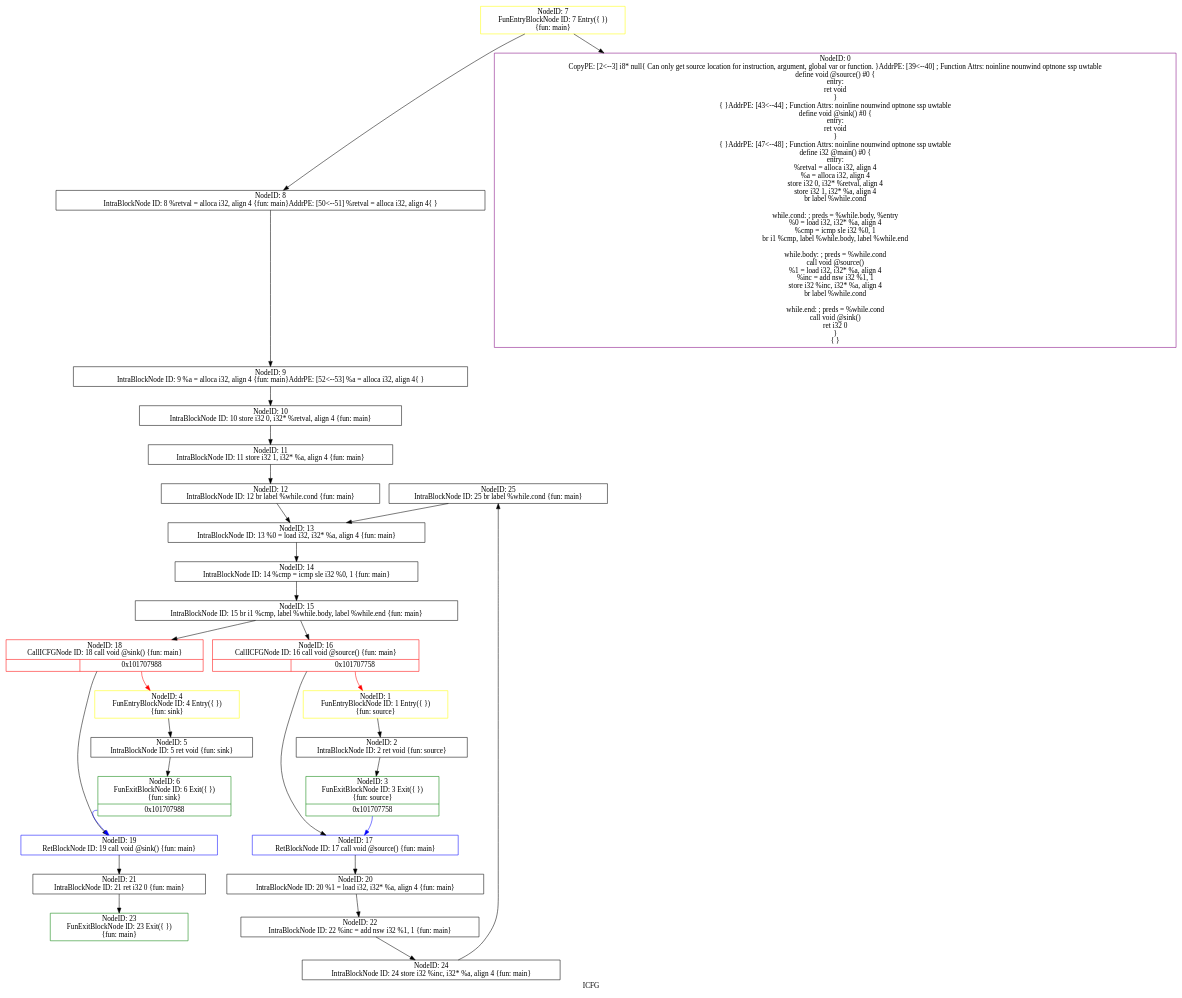
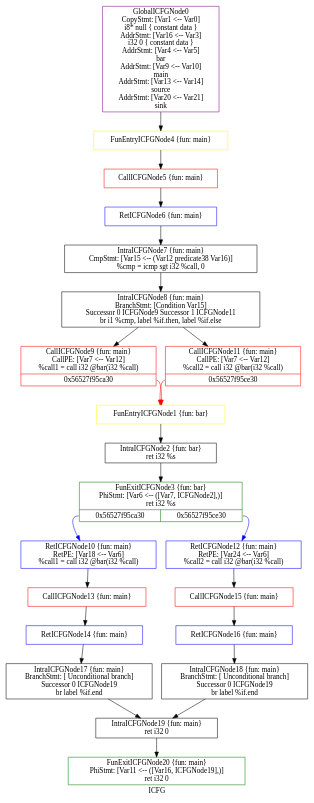
The diagram in Assignment-2/testcase/dot/icfg_test2.dot (SVF-tools/Teaching-Software-Analysis), drawn with Graphviz before and after one commit. The commit also changed 23 other files, not shown here.

```diff
--- a/Assignment-2/testcase/dot/icfg_test2.dot
+++ b/Assignment-2/testcase/dot/icfg_test2.dot
@@ -1,58 +1,47 @@
 digraph "ICFG" {
 	label="ICFG";
 
-	Node0x10170b6f0 [shape=record,color=black,label="{NodeID: 25\nIntraBlockNode ID: 25   br label %while.cond \{fun: main\}}"];
-	Node0x10170b6f0 -> Node0x101708f80[style=solid];
-	Node0x10170b590 [shape=record,color=black,label="{NodeID: 24\nIntraBlockNode ID: 24   store i32 %inc, i32* %a, align 4 \{fun: main\}}"];
-	Node0x10170b590 -> Node0x10170b6f0[style=solid];
-	Node0x10170b360 [shape=record,color=green,label="{NodeID: 23\nFunExitBlockNode ID: 23 Exit(\{  \})\n \{fun: main\}}"];
-	Node0x10170b180 [shape=record,color=black,label="{NodeID: 22\nIntraBlockNode ID: 22   %inc = add nsw i32 %1, 1 \{fun: main\}}"];
-	Node0x10170b180 -> Node0x10170b590[style=solid];
-	Node0x10170aeb0 [shape=record,color=black,label="{NodeID: 21\nIntraBlockNode ID: 21   ret i32 0 \{fun: main\}}"];
-	Node0x10170aeb0 -> Node0x10170b360[style=solid];
-	Node0x10170aca0 [shape=record,color=black,label="{NodeID: 20\nIntraBlockNode ID: 20   %1 = load i32, i32* %a, align 4 \{fun: main\}}"];
-	Node0x10170aca0 -> Node0x10170b180[style=solid];
-	Node0x10170aa80 [shape=record,color=blue,label="{NodeID: 19\nRetBlockNode ID: 19   call void @sink() \{fun: main\}}"];
-	Node0x10170aa80 -> Node0x10170aeb0[style=solid];
-	Node0x10170a900 [shape=record,color=red,label="{NodeID: 18\nCallICFGNode ID: 18   call void @sink() \{fun: main\}|{|<s1>0x101707988}}"];
-	Node0x10170a900 -> Node0x10170aa80[style=solid];
-	Node0x10170a900:s1 -> Node0x101706150[style=solid,color=red];
-	Node0x10170a6e0 [shape=record,color=blue,label="{NodeID: 17\nRetBlockNode ID: 17   call void @source() \{fun: main\}}"];
-	Node0x10170a6e0 -> Node0x10170aca0[style=solid];
-	Node0x10170a560 [shape=record,color=red,label="{NodeID: 16\nCallICFGNode ID: 16   call void @source() \{fun: main\}|{|<s1>0x101707758}}"];
-	Node0x10170a560 -> Node0x10170a6e0[style=solid];
-	Node0x10170a560:s1 -> Node0x101705d60[style=solid,color=red];
-	Node0x1017092b0 [shape=record,color=black,label="{NodeID: 15\nIntraBlockNode ID: 15   br i1 %cmp, label %while.body, label %while.end \{fun: main\}}"];
-	Node0x1017092b0 -> Node0x10170a560[style=solid];
-	Node0x1017092b0 -> Node0x10170a900[style=solid];
-	Node0x101709160 [shape=record,color=black,label="{NodeID: 14\nIntraBlockNode ID: 14   %cmp = icmp sle i32 %0, 1 \{fun: main\}}"];
-	Node0x101709160 -> Node0x1017092b0[style=solid];
-	Node0x101708f80 [shape=record,color=black,label="{NodeID: 13\nIntraBlockNode ID: 13   %0 = load i32, i32* %a, align 4 \{fun: main\}}"];
-	Node0x101708f80 -> Node0x101709160[style=solid];
-	Node0x101708e00 [shape=record,color=black,label="{NodeID: 12\nIntraBlockNode ID: 12   br label %while.cond \{fun: main\}}"];
-	Node0x101708e00 -> Node0x101708f80[style=solid];
-	Node0x101708bf0 [shape=record,color=black,label="{NodeID: 11\nIntraBlockNode ID: 11   store i32 1, i32* %a, align 4 \{fun: main\}}"];
-	Node0x101708bf0 -> Node0x101708e00[style=solid];
-	Node0x101708ab0 [shape=record,color=black,label="{NodeID: 10\nIntraBlockNode ID: 10   store i32 0, i32* %retval, align 4 \{fun: main\}}"];
-	Node0x101708ab0 -> Node0x101708bf0[style=solid];
-	Node0x10170a310 [shape=record,color=black,label="{NodeID: 9\nIntraBlockNode ID: 9   %a = alloca i32, align 4 \{fun: main\}AddrPE: [52\<--53]    %a = alloca i32, align 4\{  \}}"];
-	Node0x10170a310 -> Node0x101708ab0[style=solid];
-	Node0x10170a180 [shape=record,color=black,label="{NodeID: 8\nIntraBlockNode ID: 8   %retval = alloca i32, align 4 \{fun: main\}AddrPE: [50\<--51]    %retval = alloca i32, align 4\{  \}}"];
-	Node0x10170a180 -> Node0x10170a310[style=solid];
-	Node0x10170a0e0 [shape=record,color=yellow,label="{NodeID: 7\nFunEntryBlockNode ID: 7 Entry(\{  \})\n \{fun: main\}}"];
-	Node0x10170a0e0 -> Node0x101705ca0[style=solid];
-	Node0x10170a0e0 -> Node0x10170a180[style=solid];
-	Node0x1017063e0 [shape=record,color=green,label="{NodeID: 6\nFunExitBlockNode ID: 6 Exit(\{  \})\n \{fun: sink\}|{<s0>0x101707988}}"];
-	Node0x1017063e0:s0 -> Node0x10170aa80[style=solid,color=blue];
-	Node0x101706230 [shape=record,color=black,label="{NodeID: 5\nIntraBlockNode ID: 5   ret void \{fun: sink\}}"];
-	Node0x101706230 -> Node0x1017063e0[style=solid];
-	Node0x101706150 [shape=record,color=yellow,label="{NodeID: 4\nFunEntryBlockNode ID: 4 Entry(\{  \})\n \{fun: sink\}}"];
-	Node0x101706150 -> Node0x101706230[style=solid];
-	Node0x101705ff0 [shape=record,color=green,label="{NodeID: 3\nFunExitBlockNode ID: 3 Exit(\{  \})\n \{fun: source\}|{<s0>0x101707758}}"];
-	Node0x101705ff0:s0 -> Node0x10170a6e0[style=solid,color=blue];
-	Node0x101705e40 [shape=record,color=black,label="{NodeID: 2\nIntraBlockNode ID: 2   ret void \{fun: source\}}"];
-	Node0x101705e40 -> Node0x101705ff0[style=solid];
-	Node0x101705d60 [shape=record,color=yellow,label="{NodeID: 1\nFunEntryBlockNode ID: 1 Entry(\{  \})\n \{fun: source\}}"];
-	Node0x101705d60 -> Node0x101705e40[style=solid];
-	Node0x101705ca0 [shape=record,color=purple,label="{NodeID: 0\nCopyPE: [2\<--3]  i8* null\{ Can only get source location for instruction, argument, global var or function. \}AddrPE: [39\<--40]  ; Function Attrs: noinline nounwind optnone ssp uwtable\ndefine void @source() #0 \{\nentry:\n  ret void\n\}\n\{  \}AddrPE: [43\<--44]  ; Function Attrs: noinline nounwind optnone ssp uwtable\ndefine void @sink() #0 \{\nentry:\n  ret void\n\}\n\{  \}AddrPE: [47\<--48]  ; Function Attrs: noinline nounwind optnone ssp uwtable\ndefine i32 @main() #0 \{\nentry:\n  %retval = alloca i32, align 4\n  %a = alloca i32, align 4\n  store i32 0, i32* %retval, align 4\n  store i32 1, i32* %a, align 4\n  br label %while.cond\n\nwhile.cond:                                       ; preds = %while.body, %entry\n  %0 = load i32, i32* %a, align 4\n  %cmp = icmp sle i32 %0, 1\n  br i1 %cmp, label %while.body, label %while.end\n\nwhile.body:                                       ; preds = %while.cond\n  call void @source()\n  %1 = load i32, i32* %a, align 4\n  %inc = add nsw i32 %1, 1\n  store i32 %inc, i32* %a, align 4\n  br label %while.cond\n\nwhile.end:                                        ; preds = %while.cond\n  call void @sink()\n  ret i32 0\n\}\n\{  \}}"];
+	Node0x56527f96dbb0 [shape=record,color=green,label="{FunExitICFGNode20 \{fun: main\}\nPhiStmt: [Var11 \<-- ([Var16, ICFGNode19],)]  \n   ret i32 0 }"];
+	Node0x56527f96d930 [shape=record,color=black,label="{IntraICFGNode19 \{fun: main\}\n   ret i32 0 }"];
+	Node0x56527f96d930 -> Node0x56527f96dbb0[style=solid];
+	Node0x56527f96d750 [shape=record,color=black,label="{IntraICFGNode18 \{fun: main\}\nBranchStmt: [ Unconditional branch]\nSuccessor 0 ICFGNode19   \n   br label %if.end }"];
+	Node0x56527f96d750 -> Node0x56527f96d930[style=solid];
+	Node0x56527f96d570 [shape=record,color=black,label="{IntraICFGNode17 \{fun: main\}\nBranchStmt: [ Unconditional branch]\nSuccessor 0 ICFGNode19   \n   br label %if.end }"];
+	Node0x56527f96d570 -> Node0x56527f96d930[style=solid];
+	Node0x56527f96d2e0 [shape=record,color=blue,label="{RetICFGNode16 \{fun: main\}}"];
+	Node0x56527f96d2e0 -> Node0x56527f96d750[style=solid];
+	Node0x56527f956620 [shape=record,color=red,label="{CallICFGNode15 \{fun: main\}}"];
+	Node0x56527f956620 -> Node0x56527f96d2e0[style=solid];
+	Node0x56527f96cfc0 [shape=record,color=blue,label="{RetICFGNode14 \{fun: main\}}"];
+	Node0x56527f96cfc0 -> Node0x56527f96d570[style=solid];
+	Node0x56527f958f30 [shape=record,color=red,label="{CallICFGNode13 \{fun: main\}}"];
+	Node0x56527f958f30 -> Node0x56527f96cfc0[style=solid];
+	Node0x56527f957970 [shape=record,color=purple,label="{GlobalICFGNode0\nCopyStmt: [Var1 \<-- Var0]  \n i8* null \{ constant data \}\nAddrStmt: [Var16 \<-- Var3]  \n i32 0 \{ constant data \}\nAddrStmt: [Var4 \<-- Var5]  \n bar \nAddrStmt: [Var9 \<-- Var10]  \n main \nAddrStmt: [Var13 \<-- Var14]  \n source \nAddrStmt: [Var20 \<-- Var21]  \n sink }"];
+	Node0x56527f957970 -> Node0x56527f96c290[style=solid];
+	Node0x56527f95d300 [shape=record,color=yellow,label="{FunEntryICFGNode1 \{fun: bar\}}"];
+	Node0x56527f95d300 -> Node0x56527f96bf70[style=solid];
+	Node0x56527f96bf70 [shape=record,color=black,label="{IntraICFGNode2 \{fun: bar\}\n   ret i32 %s }"];
+	Node0x56527f96bf70 -> Node0x56527f95d830[style=solid];
+	Node0x56527f95d830 [shape=record,color=green,label="{FunExitICFGNode3 \{fun: bar\}\nPhiStmt: [Var6 \<-- ([Var7, ICFGNode2],)]  \n   ret i32 %s |{<s0>0x56527f95ca30|<s1>0x56527f95ce30}}"];
+	Node0x56527f95d830:s0 -> Node0x56527f96c850[style=solid,color=blue];
+	Node0x56527f95d830:s1 -> Node0x56527f96cb80[style=solid,color=blue];
+	Node0x56527f96c290 [shape=record,color=yellow,label="{FunEntryICFGNode4 \{fun: main\}}"];
+	Node0x56527f96c290 -> Node0x56527f957ed0[style=solid];
+	Node0x56527f957ed0 [shape=record,color=red,label="{CallICFGNode5 \{fun: main\}}"];
+	Node0x56527f957ed0 -> Node0x56527f96c360[style=solid];
+	Node0x56527f96c360 [shape=record,color=blue,label="{RetICFGNode6 \{fun: main\}}"];
+	Node0x56527f96c360 -> Node0x56527f96c590[style=solid];
+	Node0x56527f96c590 [shape=record,color=black,label="{IntraICFGNode7 \{fun: main\}\nCmpStmt: [Var15 \<-- (Var12 predicate38 Var16)]  \n   %cmp = icmp sgt i32 %call, 0 }"];
+	Node0x56527f96c590 -> Node0x56527f96c6b0[style=solid];
+	Node0x56527f96c6b0 [shape=record,color=black,label="{IntraICFGNode8 \{fun: main\}\nBranchStmt: [Condition Var15]\nSuccessor 0 ICFGNode9   Successor 1 ICFGNode11   \n   br i1 %cmp, label %if.then, label %if.else }"];
+	Node0x56527f96c6b0 -> Node0x56527f959a10[style=solid];
+	Node0x56527f96c6b0 -> Node0x56527f959c10[style=solid];
+	Node0x56527f959a10 [shape=record,color=red,label="{CallICFGNode9 \{fun: main\}\nCallPE: [Var7 \<-- Var12]  \n   %call1 = call i32 @bar(i32 %call) |{<s0>0x56527f95ca30}}"];
+	Node0x56527f959a10:s0 -> Node0x56527f95d300[style=solid,color=red];
+	Node0x56527f96c850 [shape=record,color=blue,label="{RetICFGNode10 \{fun: main\}\nRetPE: [Var18 \<-- Var6]  \n   %call1 = call i32 @bar(i32 %call) }"];
+	Node0x56527f96c850 -> Node0x56527f958f30[style=solid];
+	Node0x56527f959c10 [shape=record,color=red,label="{CallICFGNode11 \{fun: main\}\nCallPE: [Var7 \<-- Var12]  \n   %call2 = call i32 @bar(i32 %call) |{<s0>0x56527f95ce30}}"];
+	Node0x56527f959c10:s0 -> Node0x56527f95d300[style=solid,color=red];
+	Node0x56527f96cb80 [shape=record,color=blue,label="{RetICFGNode12 \{fun: main\}\nRetPE: [Var24 \<-- Var6]  \n   %call2 = call i32 @bar(i32 %call) }"];
+	Node0x56527f96cb80 -> Node0x56527f956620[style=solid];
 }
```
